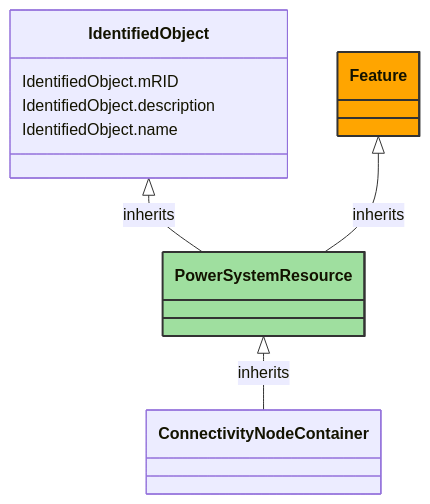
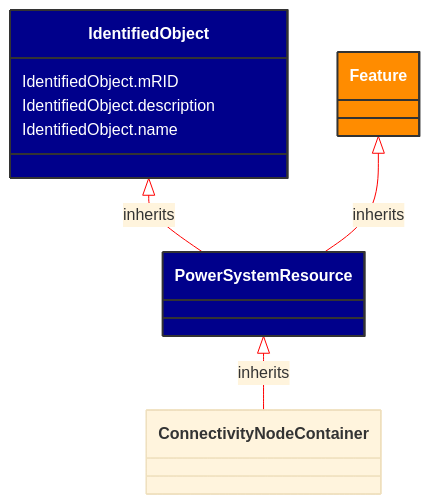
One commit to 3lbits/NoCIMExtensions changed the diagram in docs/Models/Profiles/WattApp/AbstractClasses/PowerSystemResource.md. Above: the diagram before and after it, drawn with Mermaid. The commit also changed 16 other files, not shown here.

Commit message:
Fixed mermaid colors and footer issue

````diff
--- a/docs/Models/Profiles/WattApp/AbstractClasses/PowerSystemResource.md
+++ b/docs/Models/Profiles/WattApp/AbstractClasses/PowerSystemResource.md
@@ -10,28 +10,29 @@
 ```mermaid
+%%{init: {'theme':'base','themeVariables': {'lineColor': '#FF0000'}}}%%
 classDiagram
     class PowerSystemResource
     click PowerSystemResource href "/Models/Profiles/WattApp/AbstractClasses/PowerSystemResource/"
-    style PowerSystemResource fill:#9fdf9f,stroke:#333,stroke-width:2px,rx:10,ry:10
+    style PowerSystemResource fill:#006400,stroke:#333,stroke-width:2px,rx:10,ry:10,color:white
 
         PowerSystemResource <|-- ConnectivityNodeContainer : inherits
             click PowerSystemResource href "/Models/Profiles/WattApp/AbstractClasses/PowerSystemResource/"
-            style PowerSystemResource rx:10,ry:10
+            style PowerSystemResource fill:#00008B,stroke:#333,stroke-width:2px,rx:10,ry:10,color:white
 
         ConnectivityNodeContainer
             click ConnectivityNodeContainer href "/Models/Profiles/WattApp/AbstractClasses/ConnectivityNodeContainer/"
-            style ConnectivityNodeContainer rx:10,ry:10
+            style PowerSystemResource fill:#00008B,stroke:#333,stroke-width:2px,rx:10,ry:10,color:white
 
         IdentifiedObject <|-- PowerSystemResource : inherits
             click IdentifiedObject href "/Models/Profiles/WattApp/AbstractClasses/IdentifiedObject/"
-            style IdentifiedObject rx:10,ry:10
+            style IdentifiedObject fill:#00008B,stroke:#333,stroke-width:2px,rx:10,ry:10,color:white
 
         Feature <|-- PowerSystemResource : inherits
             click Feature href "/Models/Profiles/WattApp/ConcreteClasses/Feature/"
-            style Feature fill:#FFA500,stroke:#333,stroke-width:2px,rx:10,ry:10
+            style Feature fill:#FF8C00,stroke:#333,stroke-width:2px,rx:10,ry:10,color:white
 
 
 
         IdentifiedObject : IdentifiedObject.mRID
         IdentifiedObject : IdentifiedObject.description
         IdentifiedObject : IdentifiedObject.name
 ```
````
